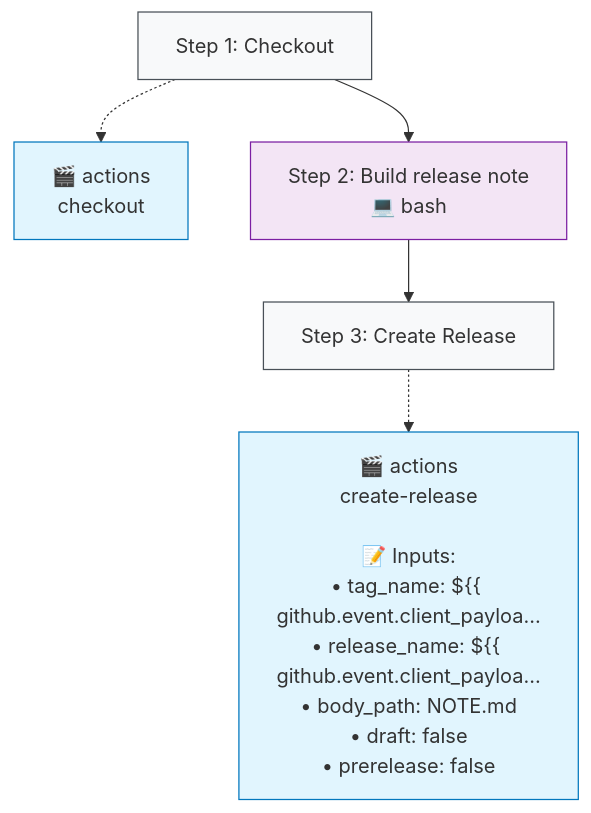
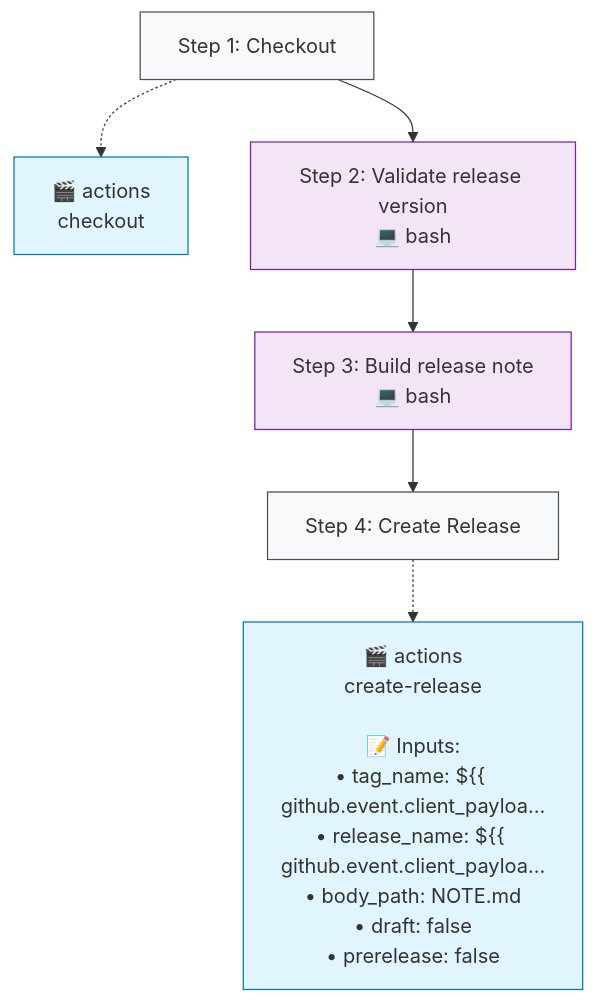
The second of 2 diagrams in .github/typeflows/new-release-github/README.md (http4k/http4k), drawn with Mermaid before and after one commit. The commit also changed 12 other files, not shown here.

````diff
--- a/.github/typeflows/new-release-github/README.md
+++ b/.github/typeflows/new-release-github/README.md
@@ -22,18 +22,21 @@
 ```mermaid
 %%{init: {"flowchart": {"curve": "basis"}}}%%
 flowchart TD
     step1["Step 1: Checkout"]
     style step1 fill:#f8f9fa,stroke:#495057
     action1["🎬 actions<br/>checkout"]
     style action1 fill:#e1f5fe,stroke:#0277bd
     step1 -.-> action1
-    step2["Step 2: Build release note<br/>💻 bash"]
+    step2["Step 2: Validate release version<br/>💻 bash"]
     style step2 fill:#f3e5f5,stroke:#7b1fa2
     step1 --> step2
-    step3["Step 3: Create Release"]
-    style step3 fill:#f8f9fa,stroke:#495057
-    action3["🎬 actions<br/>create-release<br/><br/>📝 Inputs:<br/>• tag_name: ${{ github.event.client_payloa...<br/>• release_name: ${{ github.event.client_payloa...<br/>• body_path: NOTE.md<br/>• draft: false<br/>• prerelease: false"]
-    style action3 fill:#e1f5fe,stroke:#0277bd
-    step3 -.-> action3
+    step3["Step 3: Build release note<br/>💻 bash"]
+    style step3 fill:#f3e5f5,stroke:#7b1fa2
     step2 --> step3
+    step4["Step 4: Create Release"]
+    style step4 fill:#f8f9fa,stroke:#495057
+    action4["🎬 actions<br/>create-release<br/><br/>📝 Inputs:<br/>• tag_name: ${{ github.event.client_payloa...<br/>• release_name: ${{ github.event.client_payloa...<br/>• body_path: NOTE.md<br/>• draft: false<br/>• prerelease: false"]
+    style action4 fill:#e1f5fe,stroke:#0277bd
+    step4 -.-> action4
+    step3 --> step4
 ```
````
